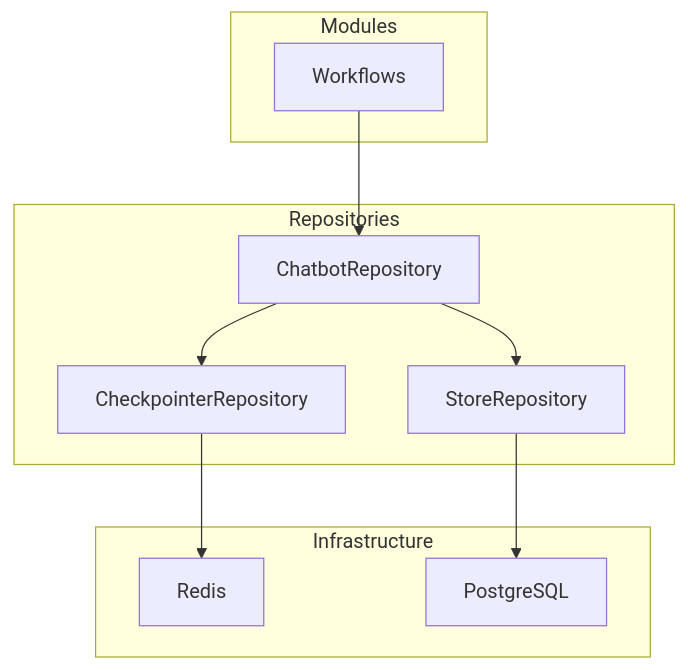
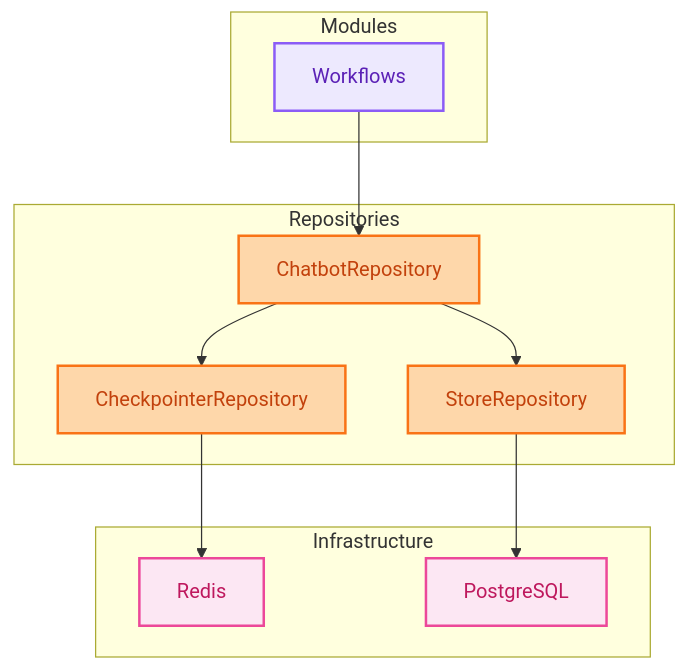
One commit to mhokchuekchuek/mtl_agent changed the diagram in docs/assets/diagrams/repositories/repositories_README_1.mmd. Above: the diagram before and after it, drawn with Mermaid. The commit also changed 92 other files, not shown here.

```diff
--- a/docs/assets/diagrams/repositories/repositories_README_1.mmd
+++ b/docs/assets/diagrams/repositories/repositories_README_1.mmd
@@ -1,21 +1,29 @@
 flowchart TD
     subgraph Modules
         W[Workflows]
     end
-    
+
     subgraph Repositories
         C[ChatbotRepository]
         CP[CheckpointerRepository]
         S[StoreRepository]
     end
-    
+
     subgraph Infrastructure
         R[Redis]
         P[PostgreSQL]
     end
-    
+
     W --> C
     C --> CP
     C --> S
     CP --> R
     S --> P
+
+    classDef module fill:#ede9fe,stroke:#8b5cf6,stroke-width:2px,color:#5b21b6
+    classDef repo fill:#fed7aa,stroke:#f97316,stroke-width:2px,color:#c2410c
+    classDef db fill:#fce7f3,stroke:#ec4899,stroke-width:2px,color:#be185d
+
+    class W module
+    class C,CP,S repo
+    class R,P db
```
